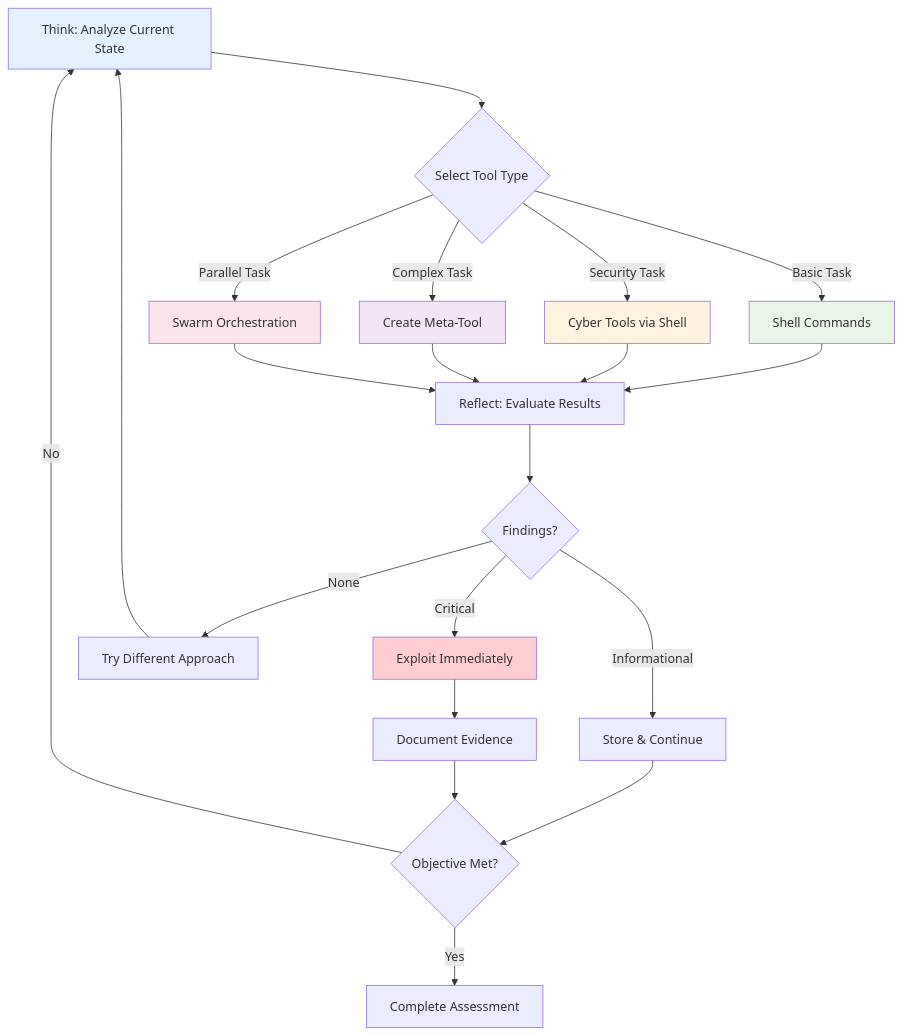
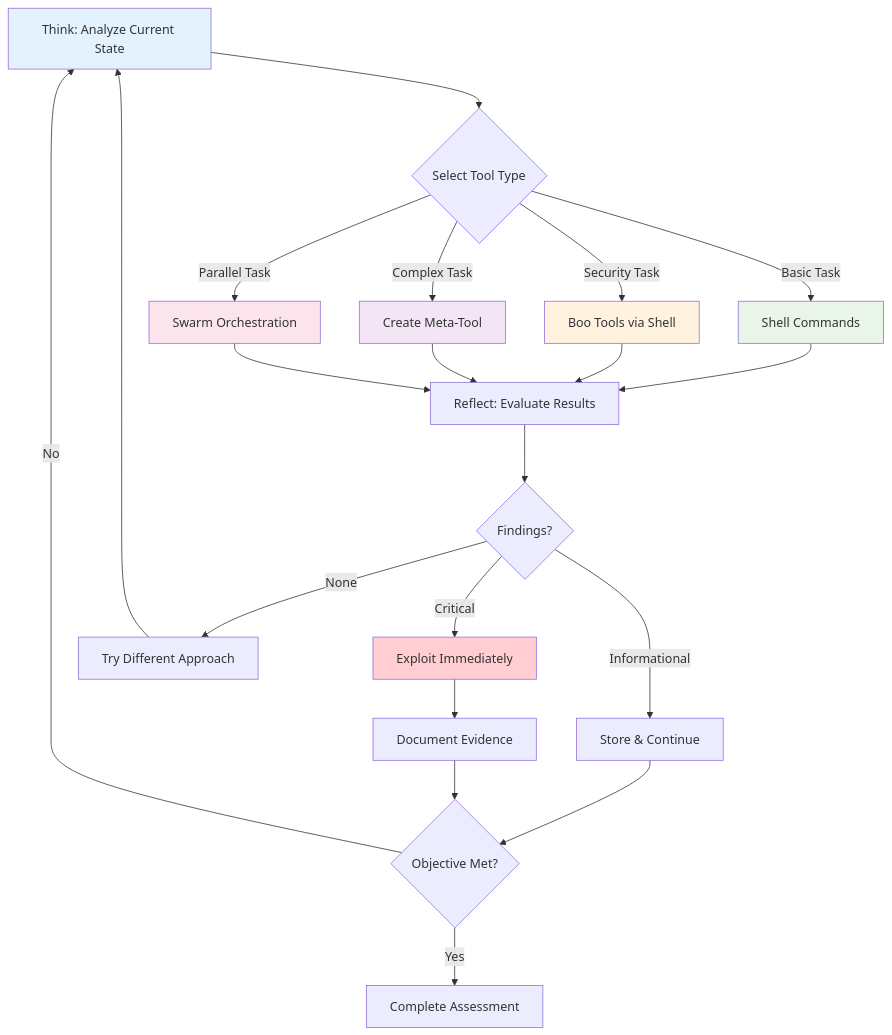
One commit to mbhatt1/boo changed the third of 3 diagrams in README.md. Above: the diagram before and after it, drawn with Mermaid. The commit also changed other lines of this file and 147 other files, not shown here.

````diff
--- a/README.md
+++ b/README.md
@@ -237,35 +237,35 @@
 ```mermaid
 flowchart TD
     A[Think: Analyze Current State] --> B{Select Tool Type}
 
     B --> |Basic Task| C[Shell Commands]
-    B --> |Security Task| D[Cyber Tools via Shell]
+    B --> |Security Task| D[Boo Tools via Shell]
     B --> |Complex Task| E[Create Meta-Tool]
     B --> |Parallel Task| P[Swarm Orchestration]
 
     C --> F[Reflect: Evaluate Results]
     D --> F
     E --> F
     P --> F
 
     F --> G{Findings?}
 
     G --> |Critical| H[Exploit Immediately]
     G --> |Informational| I[Store & Continue]
     G --> |None| J[Try Different Approach]
 
     H --> K[Document Evidence]
     I --> L{Objective Met?}
     J --> A
     K --> L
 
     L --> |Yes| M[Complete Assessment]
     L --> |No| A
 
     style A fill:#e3f2fd
     style C fill:#e8f5e8
     style D fill:#fff3e0
     style E fill:#f3e5f5
     style P fill:#fce4ec
     style H fill:#ffcdd2
 ```
````
